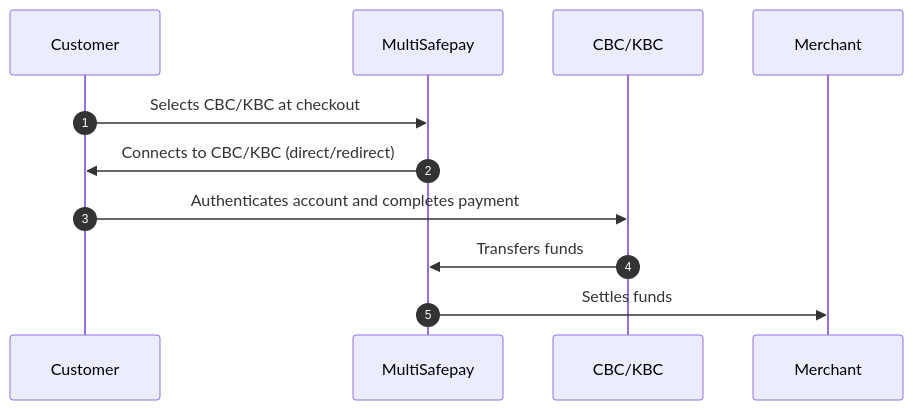
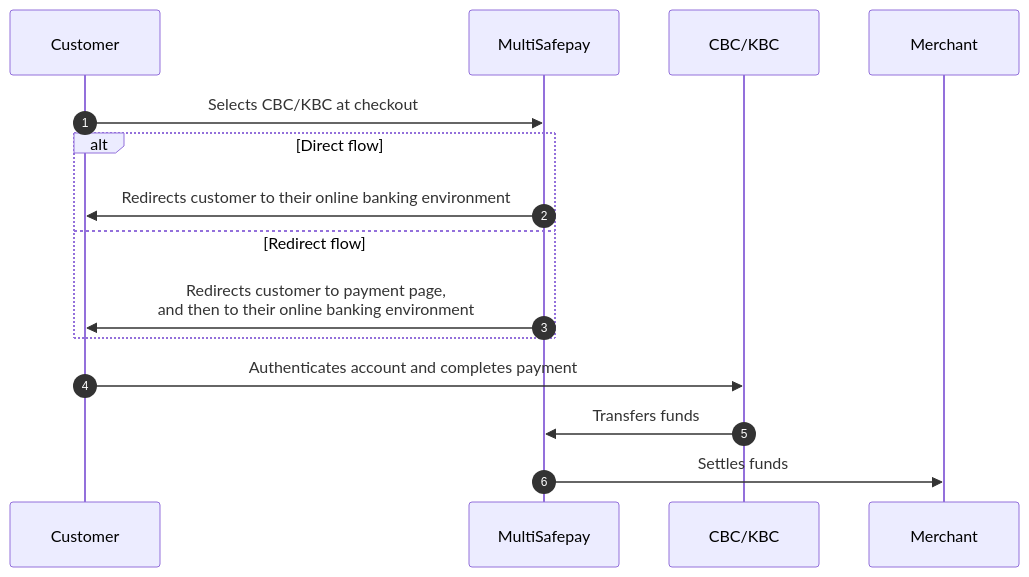
One commit to MultiSafepay/docs changed the diagram in content/payments/methods/banks/cbc-kbc/payment-flow.md. Above: the diagram before and after it, drawn with Mermaid. The commit also changed other lines of this file and 20 other files, not shown here.

```diff
--- a/content/payments/methods/banks/cbc-kbc/payment-flow.md
+++ b/content/payments/methods/banks/cbc-kbc/payment-flow.md
@@ -19,16 +19,20 @@
 {{< mermaid class="text-center" >}}
 
 sequenceDiagram
     autonumber
     participant C as Customer
     participant Mu as MultiSafepay
     participant CK as CBC/KBC
     participant Me as Merchant
 
     C->>Mu: Selects CBC/KBC at checkout
-    Mu->>C: Connects to CBC/KBC (direct/redirect)
+    alt Direct flow
+    Mu->>C: Redirects customer to their online banking environment
+    else Redirect flow
+    Mu->>C: Redirects customer to payment page, <br> and then to their online banking environment
+    end
     C->>CK: Authenticates account and completes payment
     CK->>Mu: Transfers funds 
     Mu->>Me: Settles funds
 
 {{< /mermaid >}}
```
